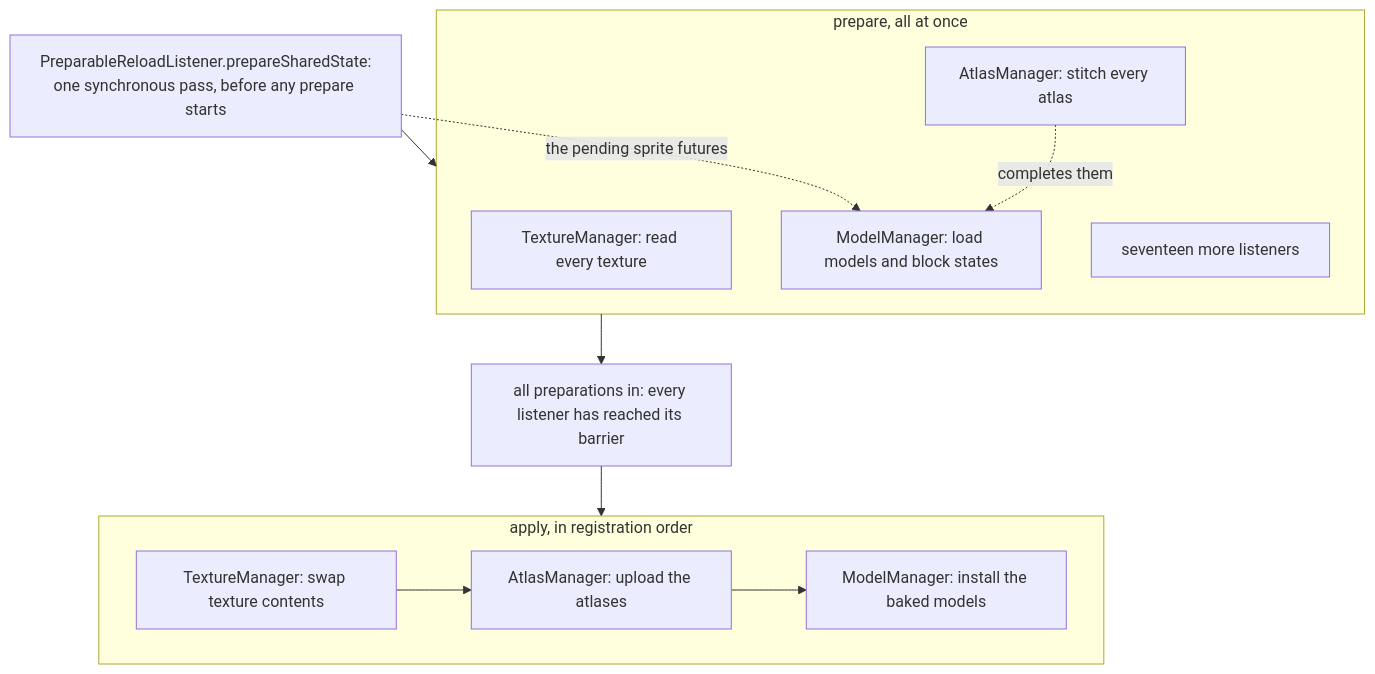
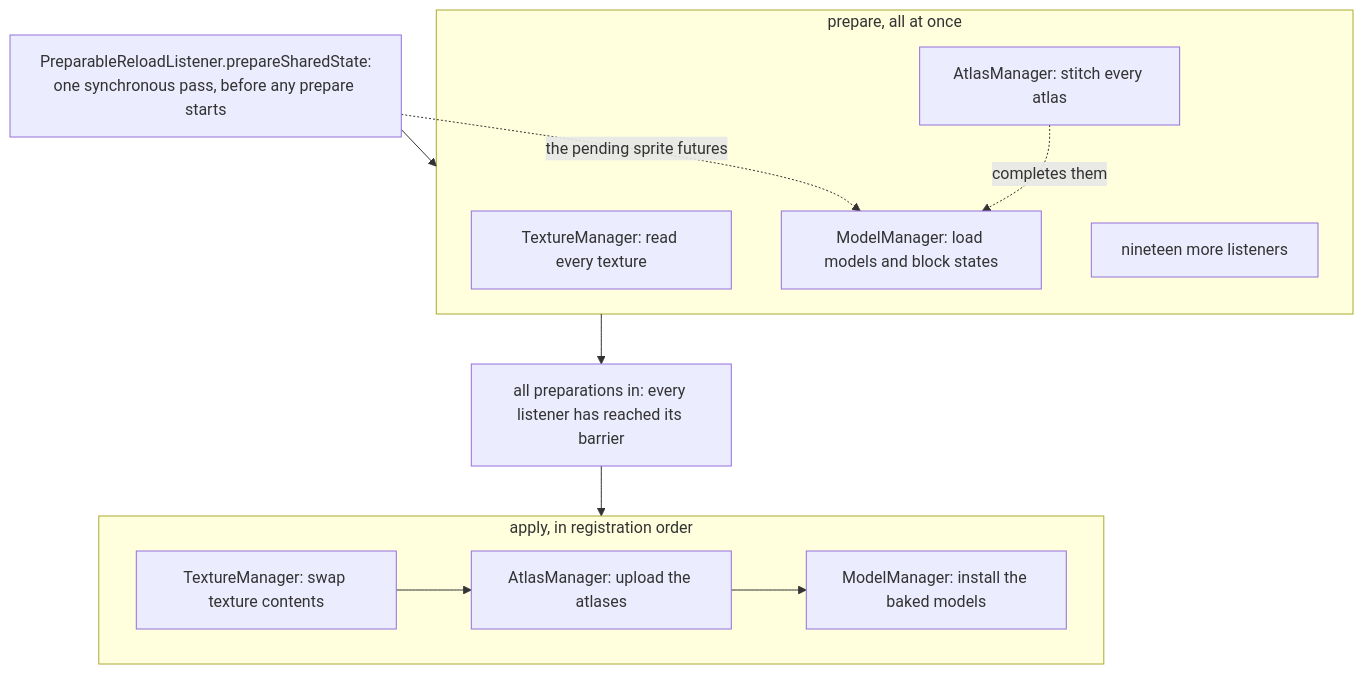
The second of 3 diagrams in src/systems/foundations/resource-system.md (AlexanderjFraser/MinecraftDocs), drawn with Mermaid before and after one commit. The commit also changed other lines of this file and 68 other files, not shown here.

````diff
--- a/src/systems/foundations/resource-system.md
+++ b/src/systems/foundations/resource-system.md
@@ -207,20 +210,20 @@
 ```mermaid
 flowchart TD
     SS["PreparableReloadListener.prepareSharedState:<br/>one synchronous pass, before any prepare starts"]:::worker
     subgraph PREP["prepare, all at once"]
         TMp["TextureManager: read every texture"]:::worker
         AMp["AtlasManager: stitch every atlas"]:::worker
         MMp["ModelManager: load models and block states"]:::worker
-        ETC["seventeen more listeners"]:::worker
+        ETC["nineteen more listeners"]:::worker
     end
     ALL["all preparations in: every listener has reached its barrier"]:::client
     subgraph APP["apply, in registration order"]
         TMa["TextureManager: swap texture contents"]:::client --> AMa["AtlasManager: upload the atlases"]:::client
         AMa --> MMa["ModelManager: install the baked models"]:::client
     end
     SS --> PREP
     PREP --> ALL
     ALL --> APP
     SS -. "the pending sprite futures" .-> MMp
     AMp -. "completes them" .-> MMp
 ```
````
